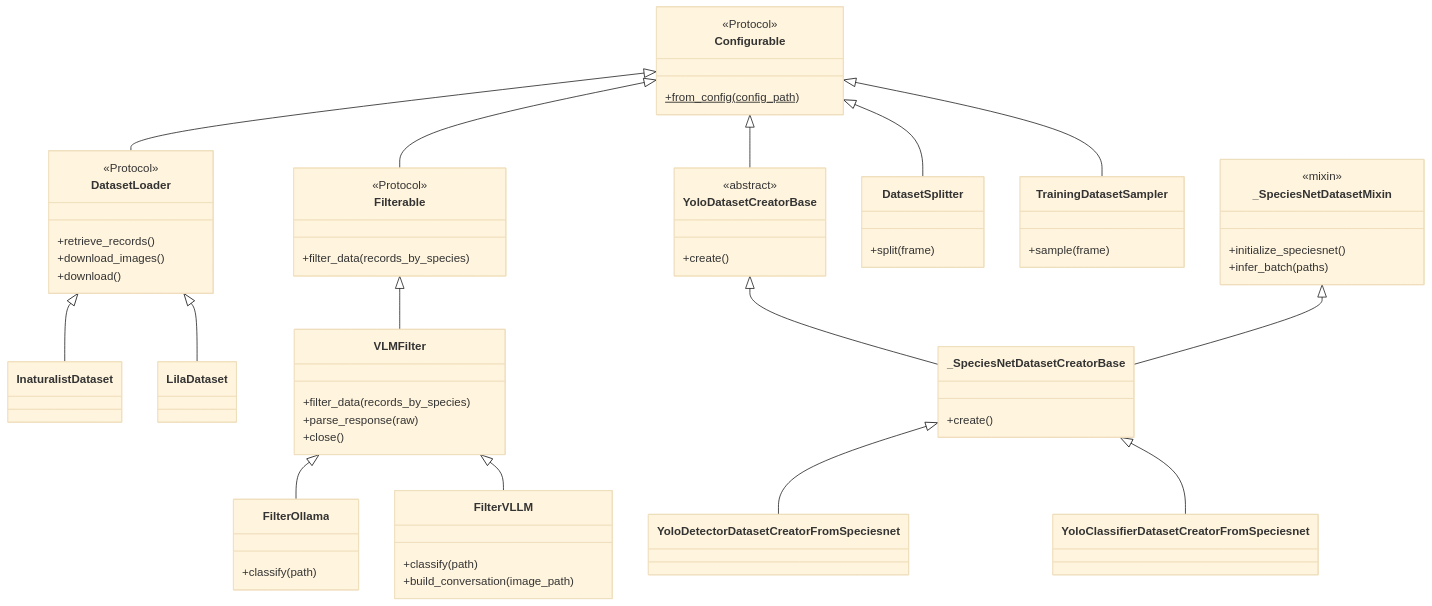
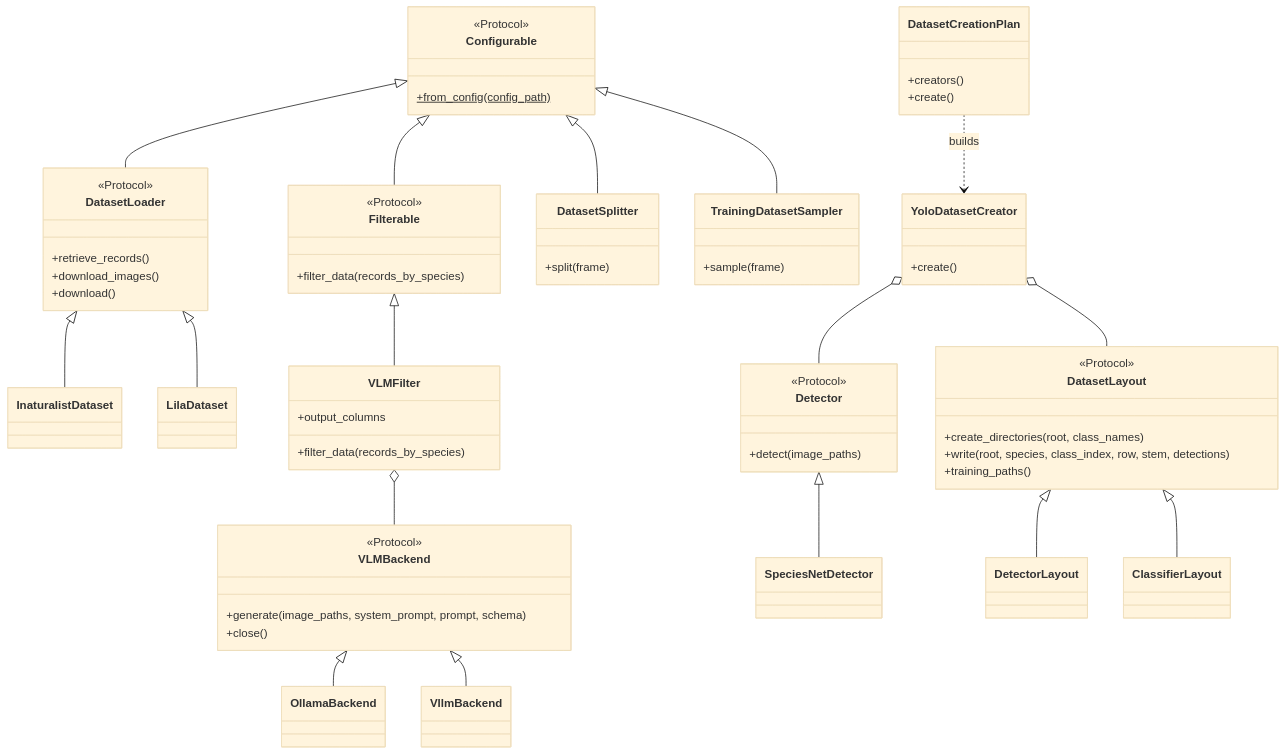
One commit to ssciwr/smartrodent_experiments changed the fourth of 7 diagrams in README.md. Above: the diagram before and after it, drawn with Mermaid (base theme). The commit also changed other lines of this file and 33 other files, not shown here.

````diff
--- a/README.md
+++ b/README.md
@@ -339,72 +348,78 @@
 ```mermaid
 classDiagram
     direction TB
 
     class Configurable {
         <<Protocol>>
         +from_config(config_path)$
     }
     class DatasetLoader {
         <<Protocol>>
         +retrieve_records()
         +download_images()
         +download()
     }
     class Filterable {
         <<Protocol>>
         +filter_data(records_by_species)
     }
-    class YoloDatasetCreatorBase {
-        <<abstract>>
-        +create()
-    }
-
     class InaturalistDataset
     class LilaDataset
     class VLMFilter {
         +filter_data(records_by_species)
-        +parse_response(raw)
+        +output_columns
+    }
+    class VLMBackend {
+        <<Protocol>>
+        +generate(image_paths, system_prompt, prompt, schema)
         +close()
     }
-    class FilterOllama {
-        +classify(path)
-    }
-    class FilterVLLM {
-        +classify(path)
-        +build_conversation(image_path)
-    }
+    class OllamaBackend
+    class VllmBackend
     class DatasetSplitter {
         +split(frame)
     }
     class TrainingDatasetSampler {
         +sample(frame)
     }
-    class _SpeciesNetDatasetMixin {
-        <<mixin>>
-        +initialize_speciesnet()
-        +infer_batch(paths)
-    }
-    class _SpeciesNetDatasetCreatorBase {
+    class DatasetCreationPlan {
+        +creators()
         +create()
     }
-    class YoloDetectorDatasetCreatorFromSpeciesnet
-    class YoloClassifierDatasetCreatorFromSpeciesnet
+    class YoloDatasetCreator {
+        +create()
+    }
+    class Detector {
+        <<Protocol>>
+        +detect(image_paths)
+    }
+    class SpeciesNetDetector
+    class DatasetLayout {
+        <<Protocol>>
+        +create_directories(root, class_names)
+        +write(root, species, class_index, row, stem, detections)
+        +training_paths()
+    }
+    class DetectorLayout
+    class ClassifierLayout
 
     Configurable <|-- DatasetLoader
     Configurable <|-- Filterable
-    Configurable <|-- YoloDatasetCreatorBase
     Configurable <|-- DatasetSplitter
     Configurable <|-- TrainingDatasetSampler
 
     DatasetLoader <|-- InaturalistDataset
     DatasetLoader <|-- LilaDataset
 
     Filterable <|-- VLMFilter
-    VLMFilter <|-- FilterOllama
-    VLMFilter <|-- FilterVLLM
+    VLMFilter o-- VLMBackend
+    VLMBackend <|-- OllamaBackend
+    VLMBackend <|-- VllmBackend
 
-    YoloDatasetCreatorBase <|-- _SpeciesNetDatasetCreatorBase
-    _SpeciesNetDatasetMixin <|-- _SpeciesNetDatasetCreatorBase
-    _SpeciesNetDatasetCreatorBase <|-- YoloDetectorDatasetCreatorFromSpeciesnet
-    _SpeciesNetDatasetCreatorBase <|-- YoloClassifierDatasetCreatorFromSpeciesnet
+    DatasetCreationPlan ..> YoloDatasetCreator : builds
+    YoloDatasetCreator o-- Detector
+    YoloDatasetCreator o-- DatasetLayout
+    Detector <|-- SpeciesNetDetector
+    DatasetLayout <|-- DetectorLayout
+    DatasetLayout <|-- ClassifierLayout
 ```
````
